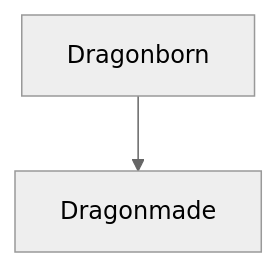
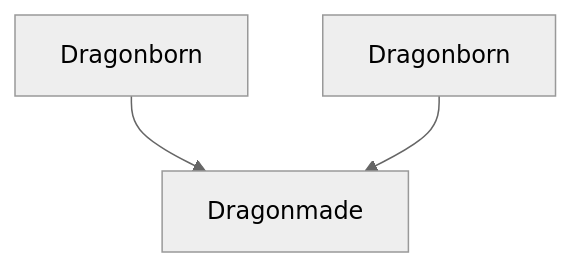
One commit to linkofdarkness/game-guides-and-utils changed the fourth of 20 diagrams in games/desktop-defender/Crafting.md. Above: the diagram before and after it, drawn with Mermaid (neutral theme). The commit also changed other lines of this file and 2 other files, not shown here.

````diff
--- a/games/desktop-defender/Crafting.md
+++ b/games/desktop-defender/Crafting.md
@@ -181,6 +200,8 @@
 ```mermaid
 flowchart TD
-  dragonborn["Dragonborn"]
+  dragonborn1["Dragonborn"]
+  dragonborn2["Dragonborn"]
   dragonmade["Dragonmade"]
-  dragonborn --> dragonmade
+  dragonborn1 --> dragonmade
+  dragonborn2 --> dragonmade
 ```
````
